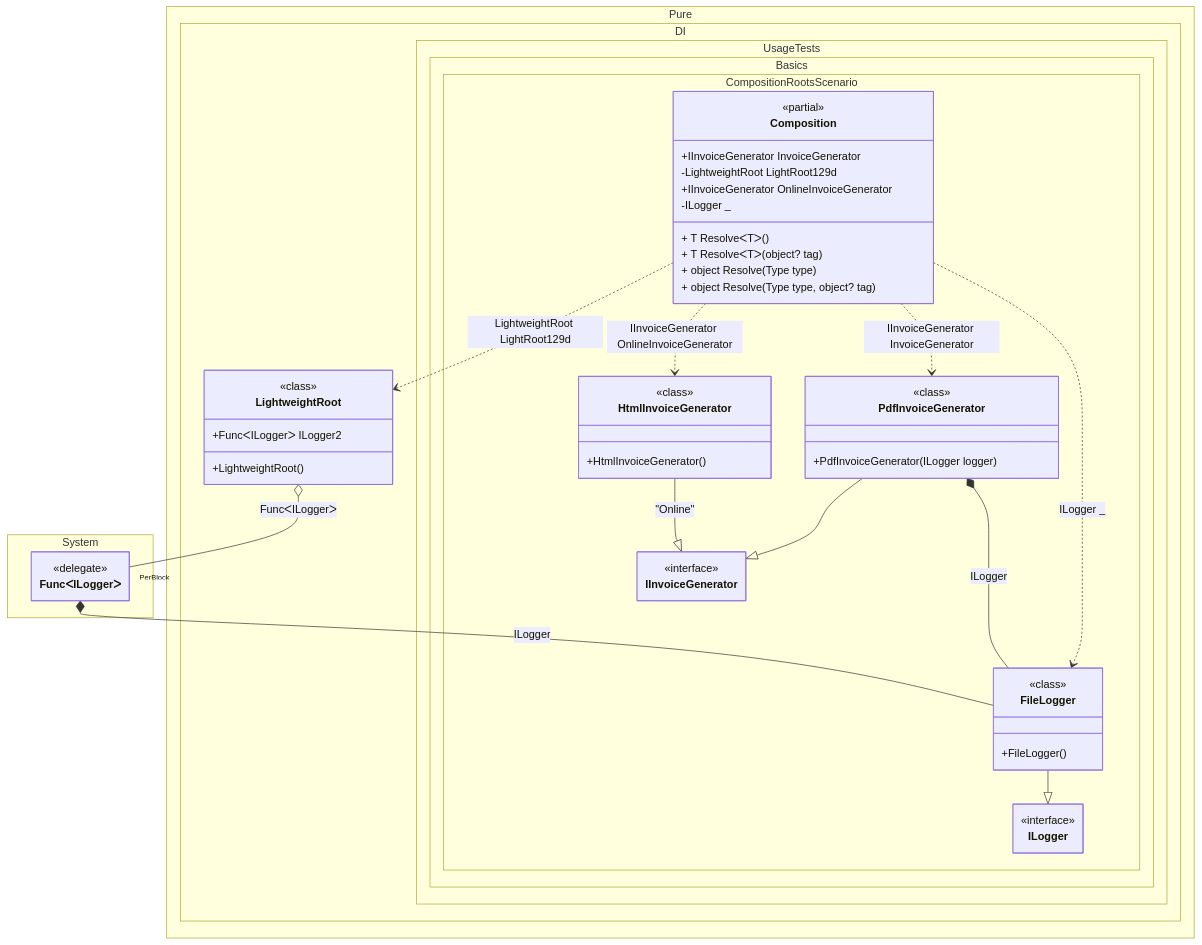
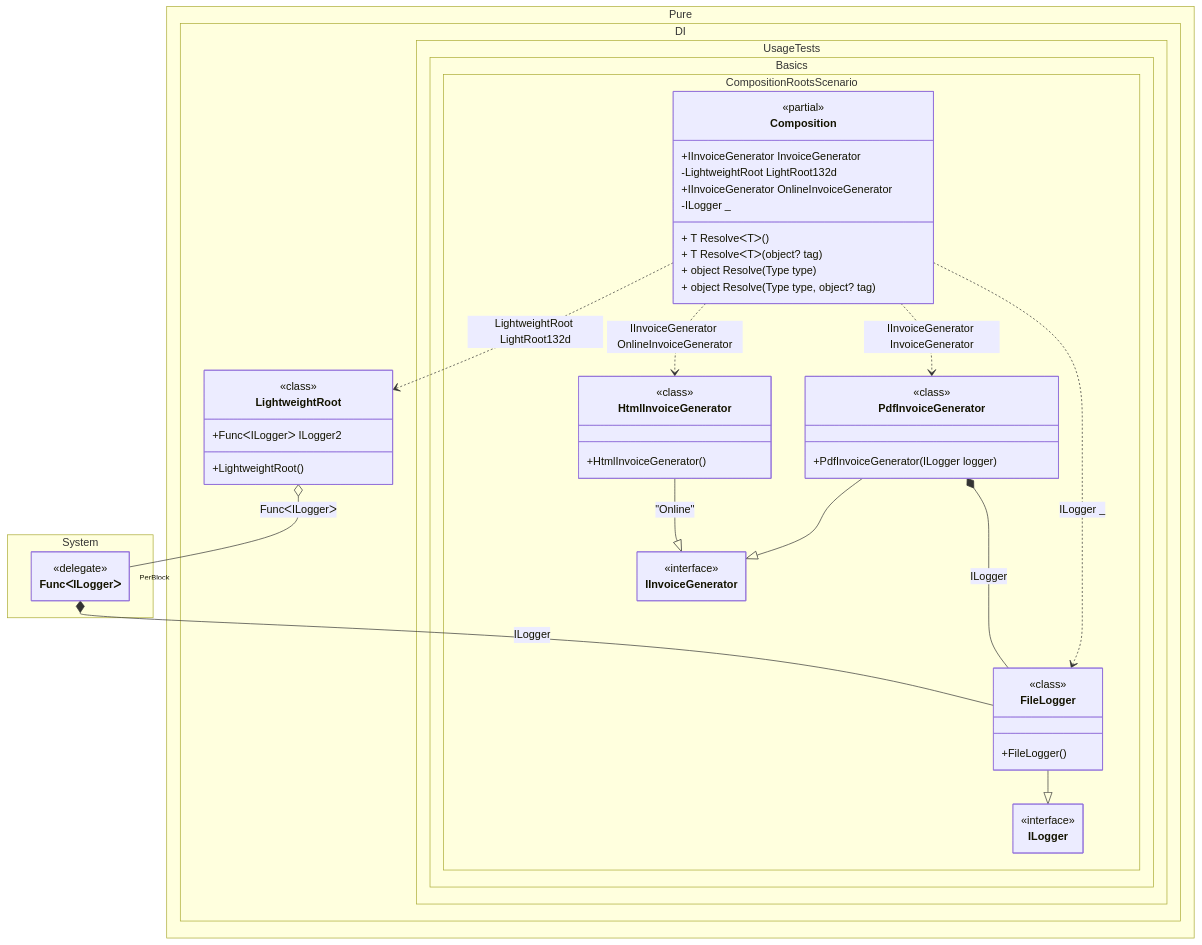
Before and after one commit to MaiKuraki/Pure.DI: the diagram in readme/composition-roots.md, drawn with Mermaid. The commit also changed 16 other files, not shown here.

````diff
--- a/readme/composition-roots.md
+++ b/readme/composition-roots.md
@@ -324,63 +324,63 @@
 ```mermaid
 ---
  config:
   maxTextSize: 2147483647
   maxEdges: 2147483647
   class:
    hideEmptyMembersBox: true
 ---
 classDiagram
 	PdfInvoiceGenerator --|> IInvoiceGenerator
 	HtmlInvoiceGenerator --|> IInvoiceGenerator : "Online" 
 	FileLogger --|> ILogger
-	Composition ..> LightweightRoot : LightweightRoot LightRoot129d
+	Composition ..> LightweightRoot : LightweightRoot LightRoot132d
 	Composition ..> HtmlInvoiceGenerator : IInvoiceGenerator OnlineInvoiceGenerator
 	Composition ..> FileLogger : ILogger _
 	Composition ..> PdfInvoiceGenerator : IInvoiceGenerator InvoiceGenerator
 	PdfInvoiceGenerator *--  FileLogger : ILogger
 	LightweightRoot o-- "PerBlock" FuncᐸILoggerᐳ : FuncᐸILoggerᐳ
 	FuncᐸILoggerᐳ *--  FileLogger : ILogger
 	namespace Pure.DI {
 		class LightweightRoot {
 				<<class>>
 			+LightweightRoot()
 			+FuncᐸILoggerᐳ ILogger2
 		}
 	}
 	namespace Pure.DI.UsageTests.Basics.CompositionRootsScenario {
 		class Composition {
 		<<partial>>
 		+IInvoiceGenerator InvoiceGenerator
-		-LightweightRoot LightRoot129d
+		-LightweightRoot LightRoot132d
 		+IInvoiceGenerator OnlineInvoiceGenerator
 		-ILogger _
 		+ T ResolveᐸTᐳ()
 		+ T ResolveᐸTᐳ(object? tag)
 		+ object Resolve(Type type)
 		+ object Resolve(Type type, object? tag)
 		}
 		class FileLogger {
 				<<class>>
 			+FileLogger()
 		}
 		class HtmlInvoiceGenerator {
 				<<class>>
 			+HtmlInvoiceGenerator()
 		}
 		class IInvoiceGenerator {
 			<<interface>>
 		}
 		class ILogger {
 			<<interface>>
 		}
 		class PdfInvoiceGenerator {
 				<<class>>
 			+PdfInvoiceGenerator(ILogger logger)
 		}
 	}
 	namespace System {
 		class FuncᐸILoggerᐳ {
 				<<delegate>>
 		}
 	}
 ```
````
